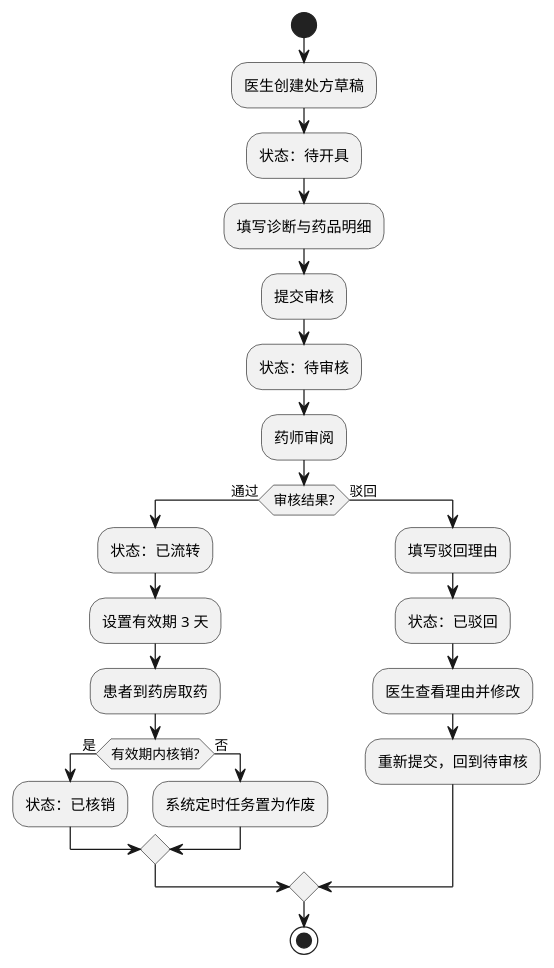
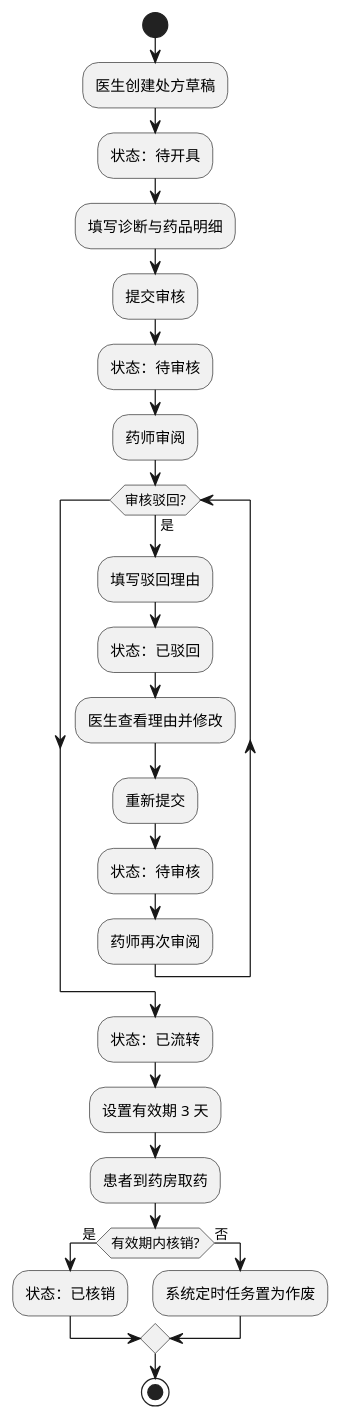
Before and after one commit to RefuseIOT/MedicinePlatform: the diagram in docs/diagrams/activity-prescription.puml, drawn with PlantUML. The commit also changed 2 other files, not shown here.

```diff
--- a/docs/diagrams/activity-prescription.puml
+++ b/docs/diagrams/activity-prescription.puml
@@ -1,25 +1,26 @@
-@startuml 处方生命周期
+@startuml 处方流转
 start
 :医生创建处方草稿;
 :状态：待开具;
 :填写诊断与药品明细;
 :提交审核;
 :状态：待审核;
 :药师审阅;
-if (审核结果?) then (通过)
-  :状态：已流转;
-  :设置有效期 3 天;
-  :患者到药房取药;
-  if (有效期内核销?) then (是)
-    :状态：已核销;
-  else (否)
-    :系统定时任务置为作废;
-  endif
-else (驳回)
+while (审核驳回?) is (是)
   :填写驳回理由;
   :状态：已驳回;
   :医生查看理由并修改;
-  :重新提交，回到待审核;
+  :重新提交;
+  :状态：待审核;
+  :药师再次审阅;
+endwhile
+:状态：已流转;
+:设置有效期 3 天;
+:患者到药房取药;
+if (有效期内核销?) then (是)
+  :状态：已核销;
+else (否)
+  :系统定时任务置为作废;
 endif
 stop
 @enduml
```
